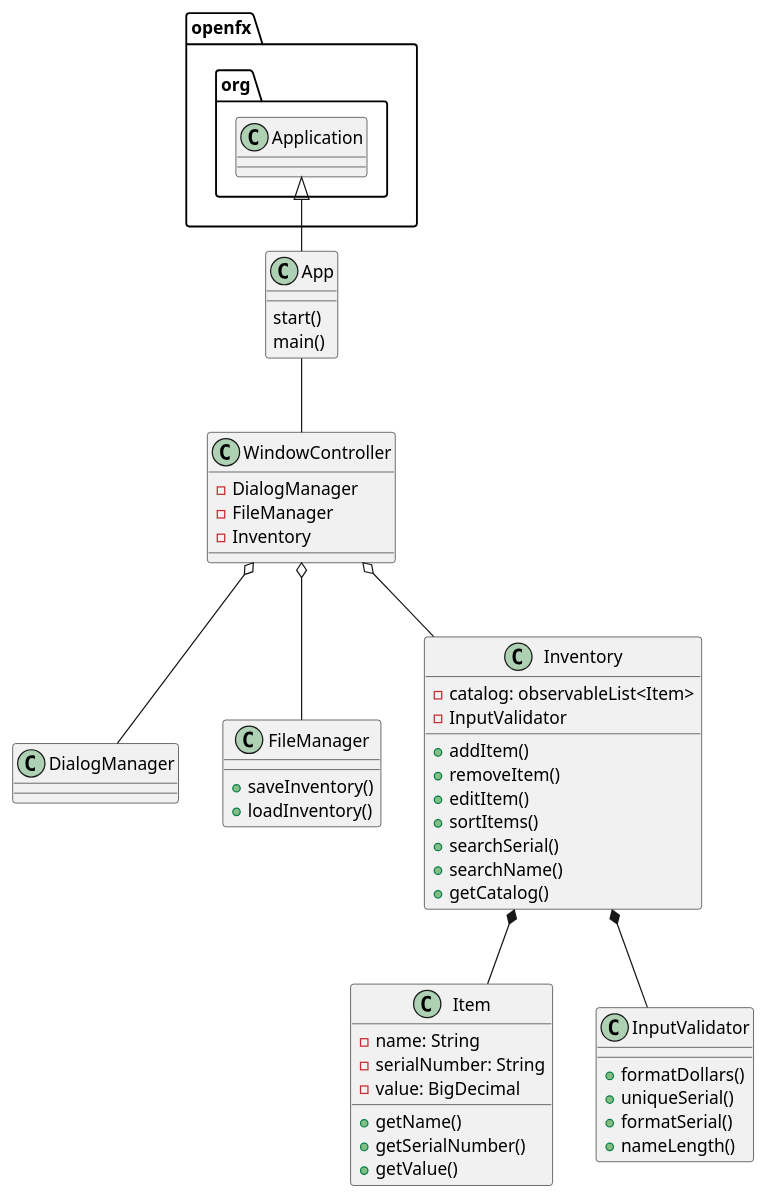
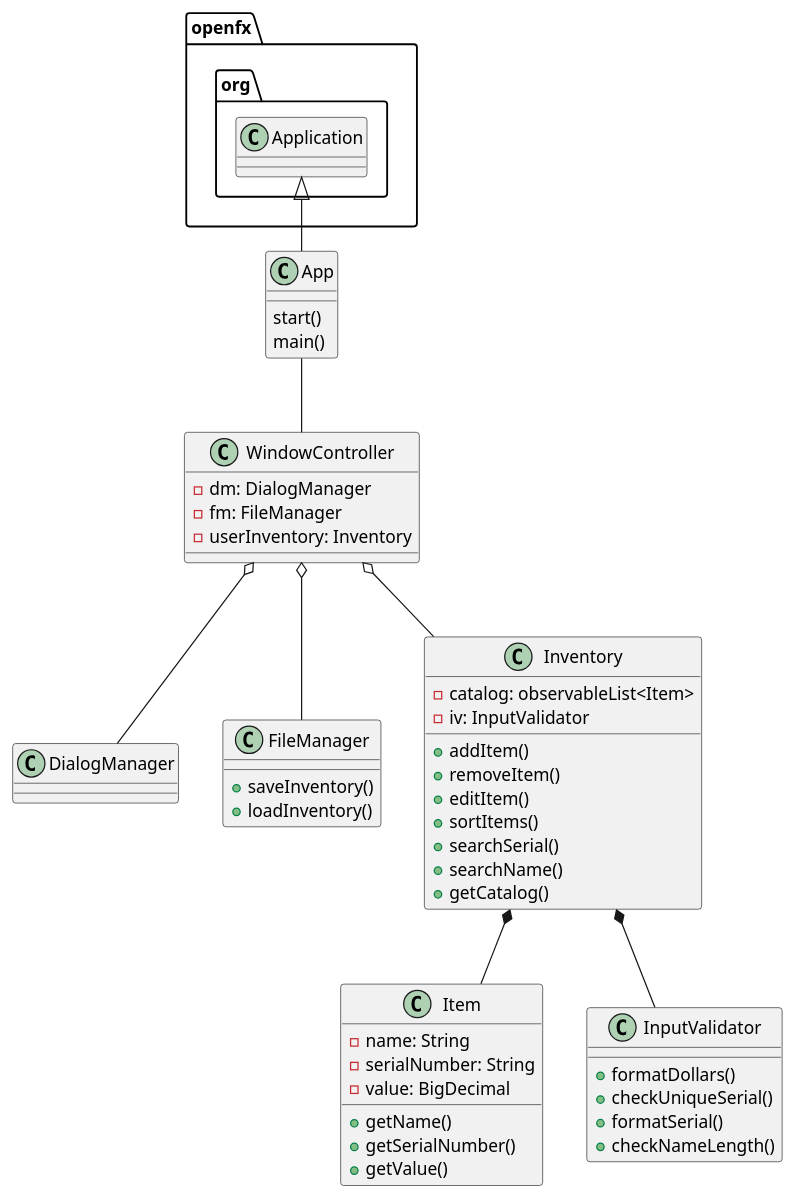
The diagram in uml/Inventory.puml (kingraham228/Ingraham-7945-a5), drawn with PlantUML before and after one commit.

Commit message:
uml touch up

```diff
--- a/uml/Inventory.puml
+++ b/uml/Inventory.puml
@@ -1,62 +1,58 @@
 @startuml
 class App{
 start()
 main()
 }
 
 class WindowController{
--DialogManager
--FileManager
--Inventory
-
+- dm: DialogManager
+- fm: FileManager
+- userInventory: Inventory
 }
 
 class DialogManager{
-
 }
 
 class FileManager{
 +saveInventory()
 +loadInventory()
-
 }
 
 class Inventory{
 - catalog: observableList<Item>
-- InputValidator
+- iv: InputValidator
 
 +addItem()
 +removeItem()
 +editItem()
 +sortItems()
 +searchSerial()
 +searchName()
 +getCatalog()
 }
 
 class Item{
 -name: String
 -serialNumber: String
 -value: BigDecimal
 
 +getName()
 +getSerialNumber()
 +getValue()
-
 }
 
 class InputValidator{
 + formatDollars()
-+ uniqueSerial()
++ checkUniqueSerial()
 + formatSerial()
-+ nameLength()
++ checkNameLength()
 }
 
 openfx.org.Application <|-- App
 App -- WindowController
 WindowController o-- DialogManager
 WindowController o-- FileManager
 WindowController o-- Inventory
 Inventory *-- Item
 Inventory *-- InputValidator
 @enduml
```
